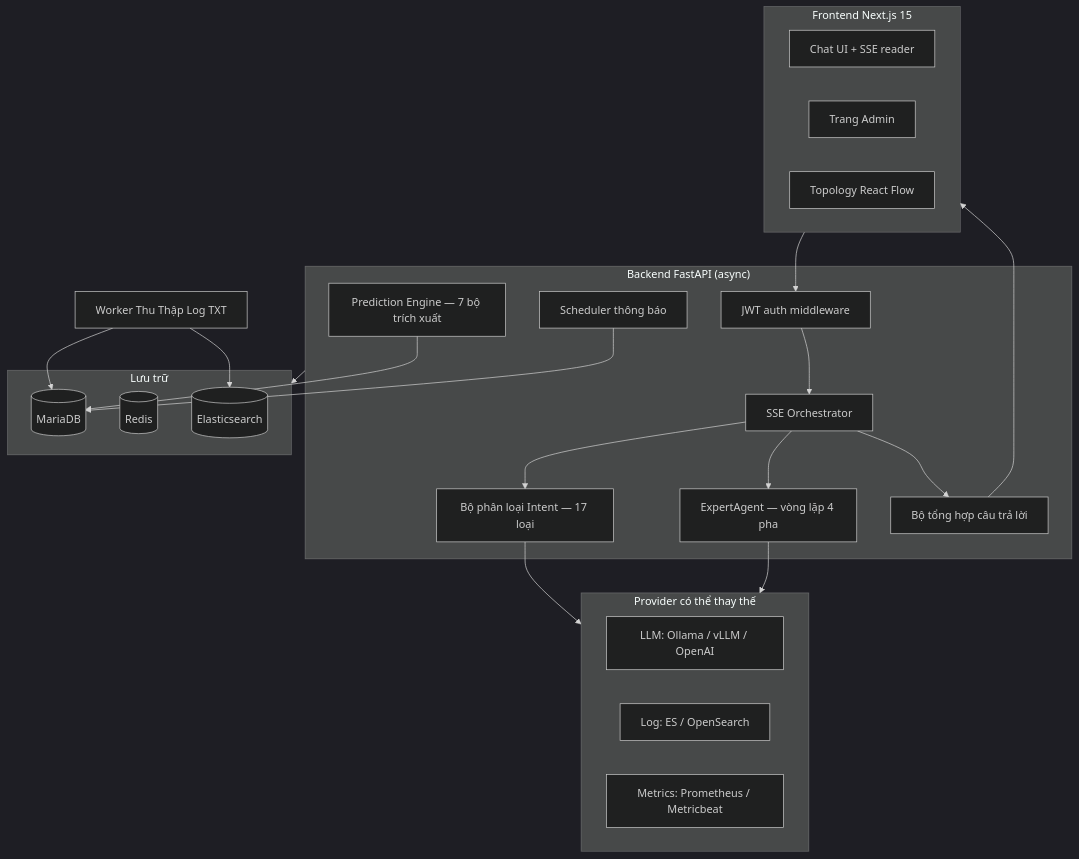
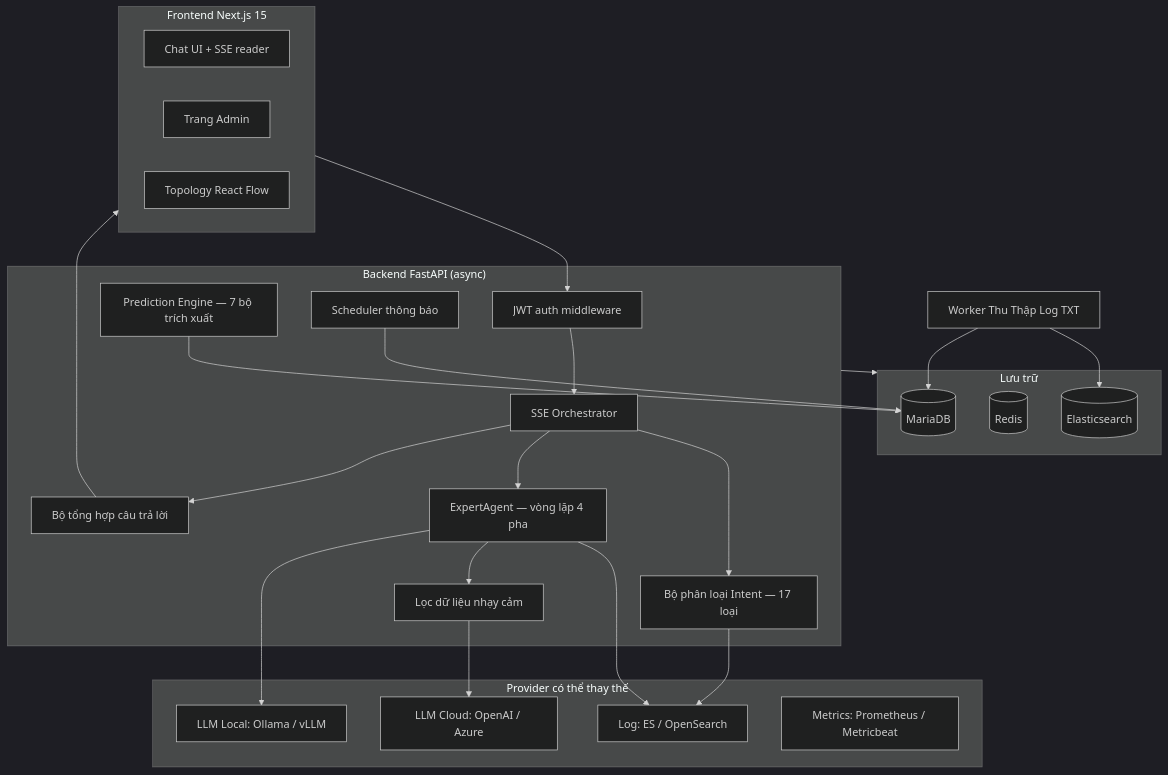
The first of 2 diagrams in README.md (HaManhDong/aiops), drawn with Mermaid (dark theme) before and after one commit. The commit also changed other lines of this file, not shown here.

````diff
--- a/README.md
+++ b/README.md
@@ -90,43 +113,47 @@
 ```mermaid
 flowchart TB
     subgraph Frontend ["Frontend Next.js 15"]
         UI[Chat UI + SSE reader]
         Admin[Trang Admin]
         Topo[Topology React Flow]
     end
 
     subgraph API ["Backend FastAPI (async)"]
         Auth[JWT auth middleware]
         Orch[SSE Orchestrator]
         Intent[Bộ phân loại Intent — 17 loại]
         Expert[ExpertAgent — vòng lặp 4 pha]
         Synth[Bộ tổng hợp câu trả lời]
+        Filter[Lọc dữ liệu nhạy cảm]
         Pred[Prediction Engine — 7 bộ trích xuất]
         Notif[Scheduler thông báo]
     end
 
     subgraph Providers ["Provider có thể thay thế"]
-        LLM[LLM: Ollama / vLLM / OpenAI]
+        LLM_Local[LLM Local: Ollama / vLLM]
+        LLM_Cloud[LLM Cloud: OpenAI / Azure]
         LogP[Log: ES / OpenSearch]
         MetP[Metrics: Prometheus / Metricbeat]
     end
 
     subgraph Storage ["Lưu trữ"]
         DB[(MariaDB)]
         Cache[(Redis)]
         ES[(Elasticsearch)]
     end
 
     Worker[Worker Thu Thập Log TXT]
 
     Frontend --> Auth
     Auth --> Orch
-    Orch --> Intent --> Providers
-    Orch --> Expert --> Providers
+    Orch --> Intent --> LogP
+    Orch --> Expert --> LogP
+    Expert --> Filter --> LLM_Cloud
+    Expert --> LLM_Local
     Orch --> Synth --> Frontend
     Pred --> DB
     Notif --> DB
     Worker --> ES
     Worker --> DB
     API --> Storage
 ```
````
